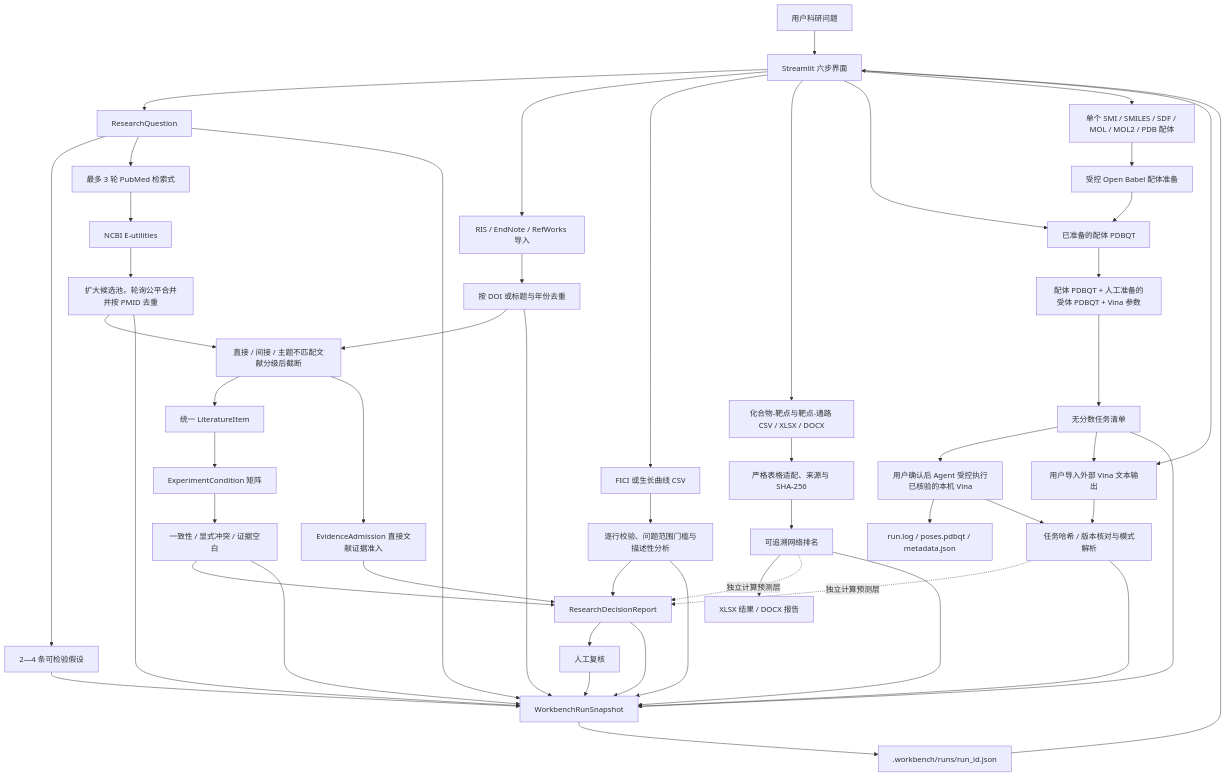
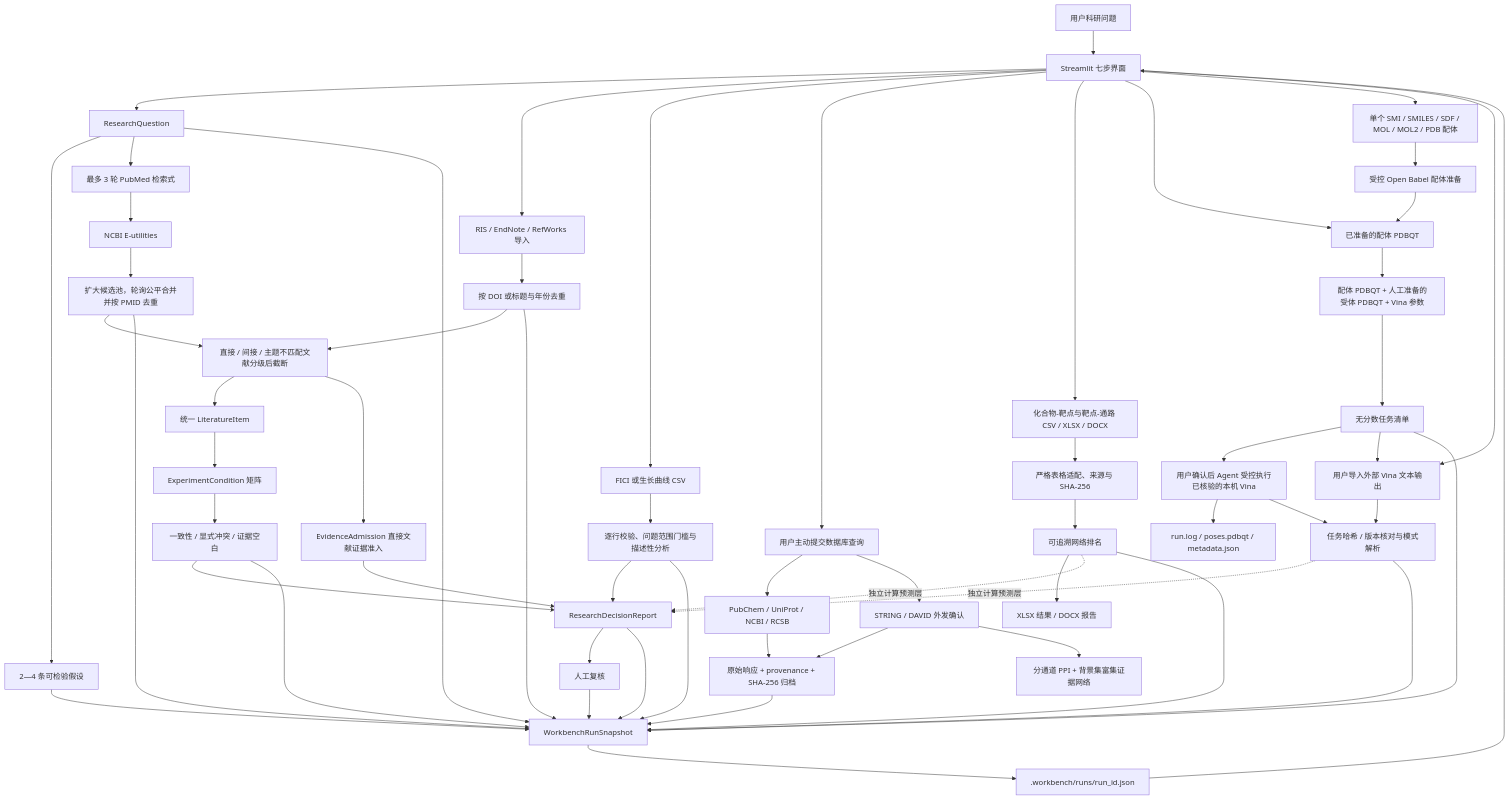
One commit to Funluned/vetagenteviidence changed the first of 2 diagrams in docs/ARCHITECTURE.md. Above: the diagram before and after it, drawn with Mermaid. The commit also changed other lines of this file and 16 other files, not shown here.

````diff
--- a/docs/ARCHITECTURE.md
+++ b/docs/ARCHITECTURE.md
@@ -14,58 +14,65 @@
 ```mermaid
 flowchart TD
-    U["用户科研问题"] --> UI["Streamlit 六步界面"]
+    U["用户科研问题"] --> UI["Streamlit 七步界面"]
     UI --> Q["ResearchQuestion"]
     Q --> H["2—4 条可检验假设"]
     Q --> P["最多 3 轮 PubMed 检索式"]
     P --> N["NCBI E-utilities"]
     N --> D["扩大候选池，轮询公平合并并按 PMID 去重"]
 
     UI --> I["RIS / EndNote / RefWorks 导入"]
     I --> ID["按 DOI 或标题与年份去重"]
 
     D --> G["直接 / 间接 / 主题不匹配文献分级后截断"]
     ID --> G
     G --> L["统一 LiteratureItem"]
     L --> C["ExperimentCondition 矩阵"]
     C --> A["一致性 / 显式冲突 / 证据空白"]
     G --> AD["EvidenceAdmission 直接文献证据准入"]
 
     UI --> CSV["FICI 或生长曲线 CSV"]
     CSV --> X["逐行校验、问题范围门槛与描述性分析"]
+    UI --> DB["用户主动提交数据库查询"]
+    DB --> PC["PubChem / UniProt / NCBI / RCSB"]
+    DB --> SD["STRING / DAVID 外发确认"]
+    PC --> DA["原始响应 + provenance + SHA-256 归档"]
+    SD --> DA
+    SD --> EN["分通道 PPI + 背景集富集证据网络"]
     UI --> NP["化合物-靶点与靶点-通路 CSV / XLSX / DOCX"]
     NP --> NF["严格表格适配、来源与 SHA-256"]
     NF --> NX["可追溯网络排名"]
     NX --> NE["XLSX 结果 / DOCX 报告"]
     UI --> LP["已准备的配体 PDBQT"]
     UI --> LS["单个 SMI / SMILES / SDF / MOL / MOL2 / PDB 配体"]
     LS --> OB["受控 Open Babel 配体准备"]
     OB --> LP
     LP --> DM["配体 PDBQT + 人工准备的受体 PDBQT + Vina 参数"]
     DM --> VM["无分数任务清单"]
     VM --> LV["用户确认后 Agent 受控执行已核验的本机 Vina"]
     LV --> VA["run.log / poses.pdbqt / metadata.json"]
     UI --> VO["用户导入外部 Vina 文本输出"]
     VM --> VO
     LV --> DX
     VO --> DX["任务哈希 / 版本核对与模式解析"]
     A --> R["ResearchDecisionReport"]
     AD --> R
     X --> R
     NX -. "独立计算预测层" .-> R
     DX -. "独立计算预测层" .-> R
     R --> HR["人工复核"]
 
     Q --> S["WorkbenchRunSnapshot"]
     H --> S
     D --> S
     ID --> S
     A --> S
     X --> S
+    DA --> S
     NX --> S
     VM --> S
     DX --> S
     R --> S
     HR --> S
     S --> FS[".workbench/runs/run_id.json"]
     FS --> UI
 ```
````
